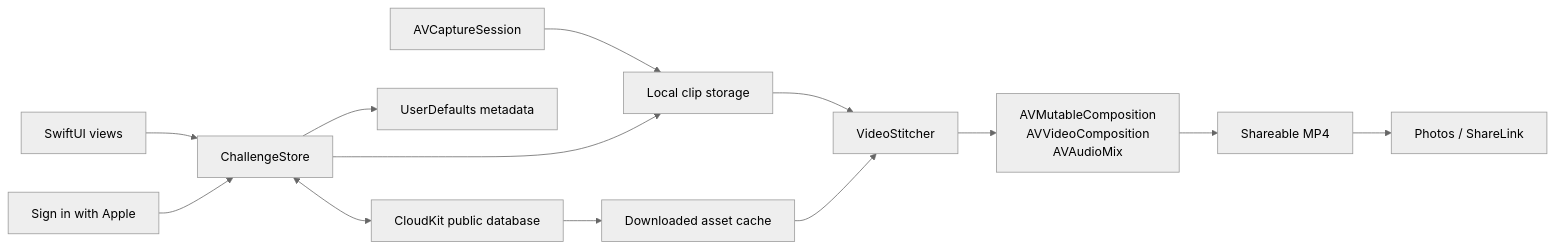
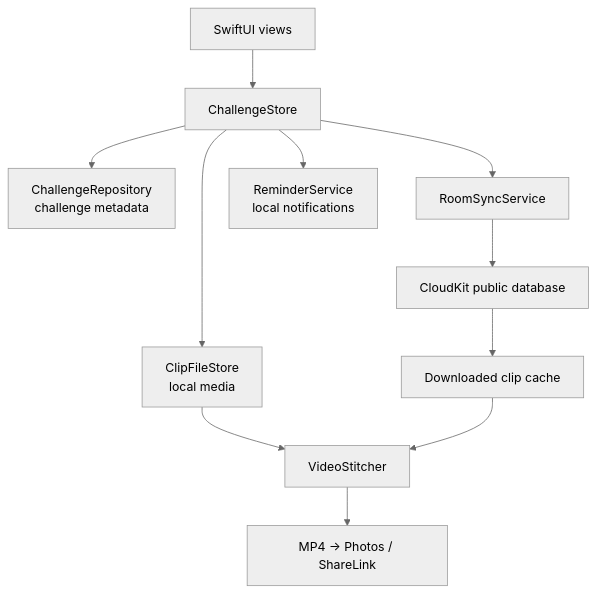
Before and after one commit to cassieliang6709/1day-ios: the second of 2 diagrams in README.md, drawn with Mermaid (neutral theme). The commit also changed other lines of this file, not shown here.

````diff
--- a/README.md
+++ b/README.md
@@ -32,15 +77,13 @@
 ```mermaid
-flowchart LR
-    UI["SwiftUI views"] --> Store["ChallengeStore"]
-    Camera["AVCaptureSession"] --> Files["Local clip storage"]
-    Store --> Defaults["UserDefaults metadata"]
-    Store --> Files
-    Auth["Sign in with Apple"] --> Store
-    Store <--> Cloud["CloudKit public database"]
-    Cloud --> Cache["Downloaded asset cache"]
-    Files --> Renderer["VideoStitcher"]
-    Cache --> Renderer
-    Renderer --> AVF["AVMutableComposition<br/>AVVideoComposition<br/>AVAudioMix"]
-    AVF --> MP4["Shareable MP4"]
-    MP4 --> Photos["Photos / ShareLink"]
+flowchart TD
+    Views["SwiftUI views"] --> Store["ChallengeStore"]
+    Store --> Repo["ChallengeRepository<br/>challenge metadata"]
+    Store --> Files["ClipFileStore<br/>local media"]
+    Store --> Sync["RoomSyncService"]
+    Sync --> Cloud["CloudKit public database"]
+    Store --> Reminder["ReminderService<br/>local notifications"]
+    Files --> Stitcher["VideoStitcher"]
+    Cloud --> Cache["Downloaded clip cache"]
+    Cache --> Stitcher
+    Stitcher --> Film["MP4 → Photos / ShareLink"]
 ```
````
